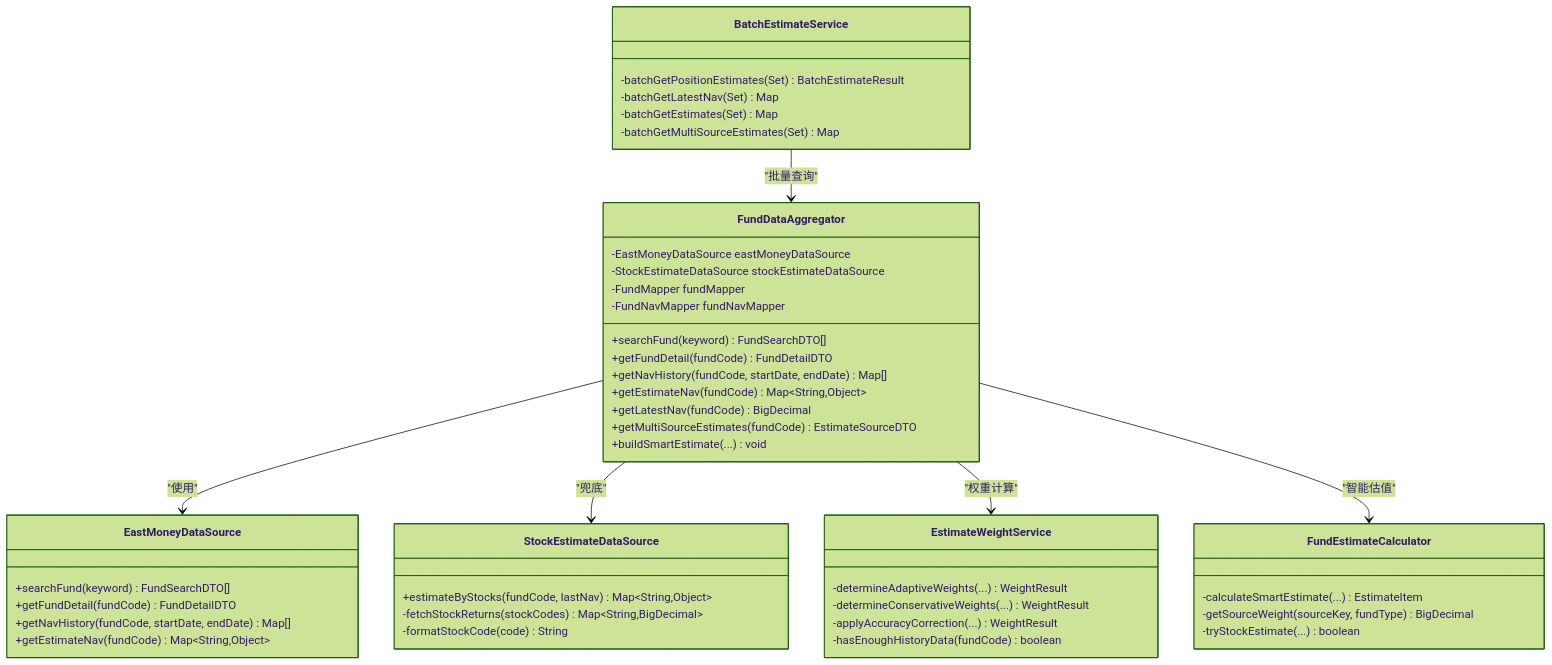
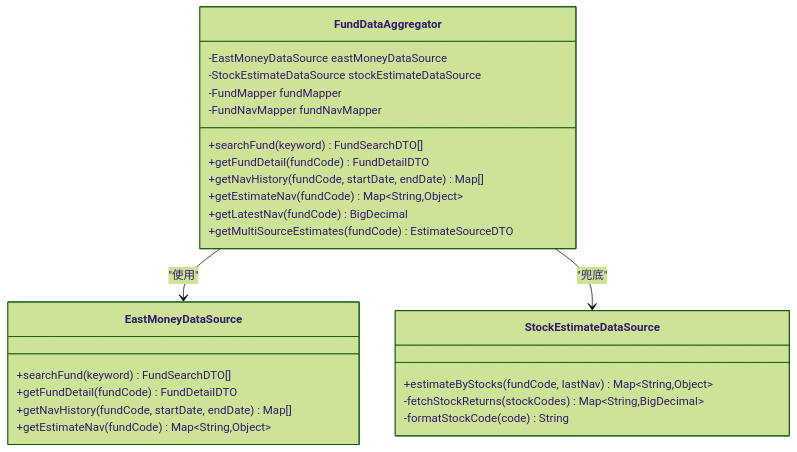
Before and after one commit to gree-coder/fund-butler: the second of 11 diagrams in .qoder/repowiki/zh/content/核心功能开发/实时市场数据可视化.md, drawn with Mermaid (forest theme). The commit also changed other lines of this file and 21 other files, not shown here.

````diff
--- a/.qoder/repowiki/zh/content/核心功能开发/实时市场数据可视化.md
+++ b/.qoder/repowiki/zh/content/核心功能开发/实时市场数据可视化.md
@@ -115,49 +111,28 @@
 ```mermaid
 classDiagram
 class FundDataAggregator {
 -EastMoneyDataSource eastMoneyDataSource
 -StockEstimateDataSource stockEstimateDataSource
 -FundMapper fundMapper
 -FundNavMapper fundNavMapper
 +searchFund(keyword) FundSearchDTO[]
 +getFundDetail(fundCode) FundDetailDTO
 +getNavHistory(fundCode, startDate, endDate) Map[]
 +getEstimateNav(fundCode) Map~String,Object~
 +getLatestNav(fundCode) BigDecimal
 +getMultiSourceEstimates(fundCode) EstimateSourceDTO
-+buildSmartEstimate(...) void
 }
 class EastMoneyDataSource {
 +searchFund(keyword) FundSearchDTO[]
 +getFundDetail(fundCode) FundDetailDTO
 +getNavHistory(fundCode, startDate, endDate) Map[]
 +getEstimateNav(fundCode) Map~String,Object~
 }
 class StockEstimateDataSource {
 +estimateByStocks(fundCode, lastNav) Map~String,Object~
 -fetchStockReturns(stockCodes) Map~String,BigDecimal~
 -formatStockCode(code) String
 }
-class EstimateWeightService {
--determineAdaptiveWeights(...) WeightResult
--determineConservativeWeights(...) WeightResult
--applyAccuracyCorrection(...) WeightResult
--hasEnoughHistoryData(fundCode) boolean
-}
-class FundEstimateCalculator {
--calculateSmartEstimate(...) EstimateItem
--getSourceWeight(sourceKey, fundType) BigDecimal
--tryStockEstimate(...) boolean
-}
-class BatchEstimateService {
--batchGetPositionEstimates(Set) BatchEstimateResult
--batchGetLatestNav(Set) Map
--batchGetEstimates(Set) Map
--batchGetMultiSourceEstimates(Set) Map
-}
 FundDataAggregator --> EastMoneyDataSource : "使用"
 FundDataAggregator --> StockEstimateDataSource : "兜底"
-FundDataAggregator --> EstimateWeightService : "权重计算"
-FundDataAggregator --> FundEstimateCalculator : "智能估值"
-BatchEstimateService --> FundDataAggregator : "批量查询"
 ```
````
